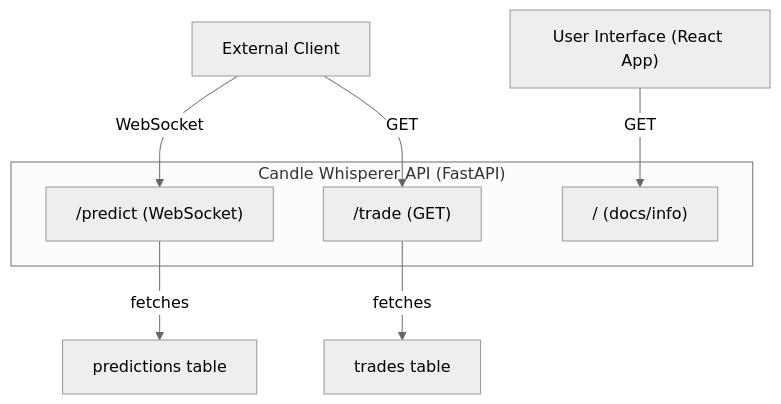
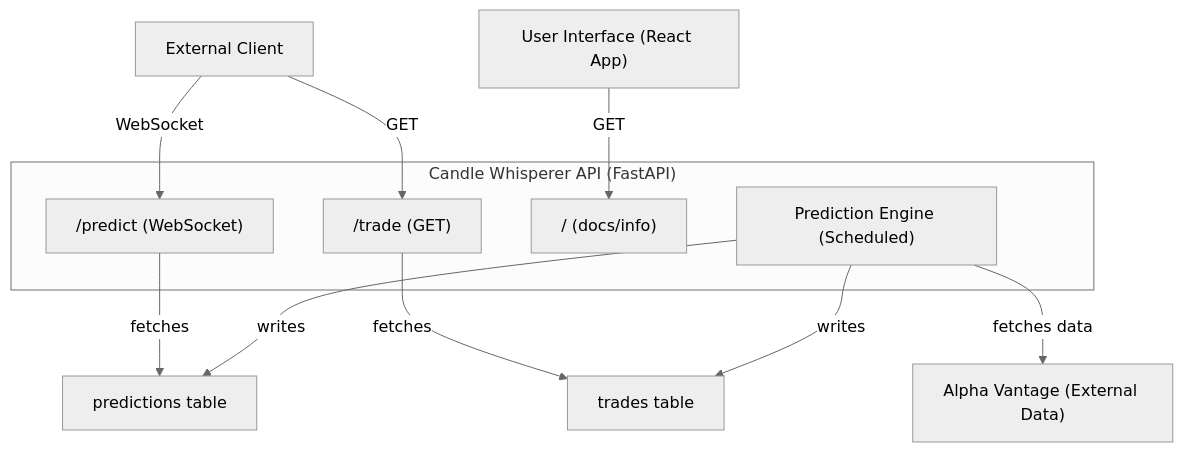
The diagram in README.md (shaqshaw/candle-whisperer-api), drawn with Mermaid (neutral theme) before and after one commit. The commit also changed 15 other files, not shown here.

Commit message:
Prediction engine

````diff
--- a/README.md
+++ b/README.md
@@ -3,18 +3,23 @@
 ```mermaid
 flowchart TD
     A["User Interface (React App)"]
     X["External Client"]
+    AV["Alpha Vantage (External Data)"]
     subgraph B["Candle Whisperer API (FastAPI)"]
         B1["/predict (WebSocket)"]
         B2["/trade (GET)"]
         B3["/ (docs/info)"]
+        BE["Prediction Engine (Scheduled)"]
     end
     C1["predictions table"]
     C2["trades table"]
 
     A -- "GET" --> B3
     X -- "WebSocket" --> B1
     X -- "GET" --> B2
     B1 -- "fetches" --> C1
     B2 -- "fetches" --> C2
+    BE -- "writes" --> C1
+    BE -- "writes" --> C2
+    BE -- "fetches data" --> AV
 ```
````
